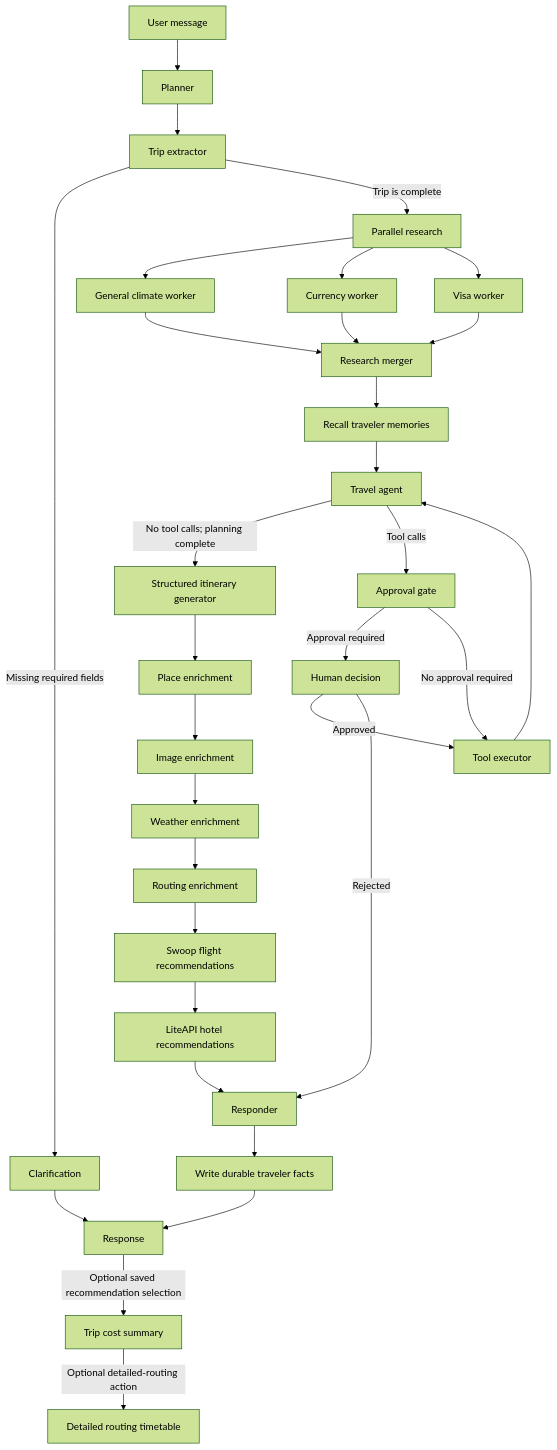
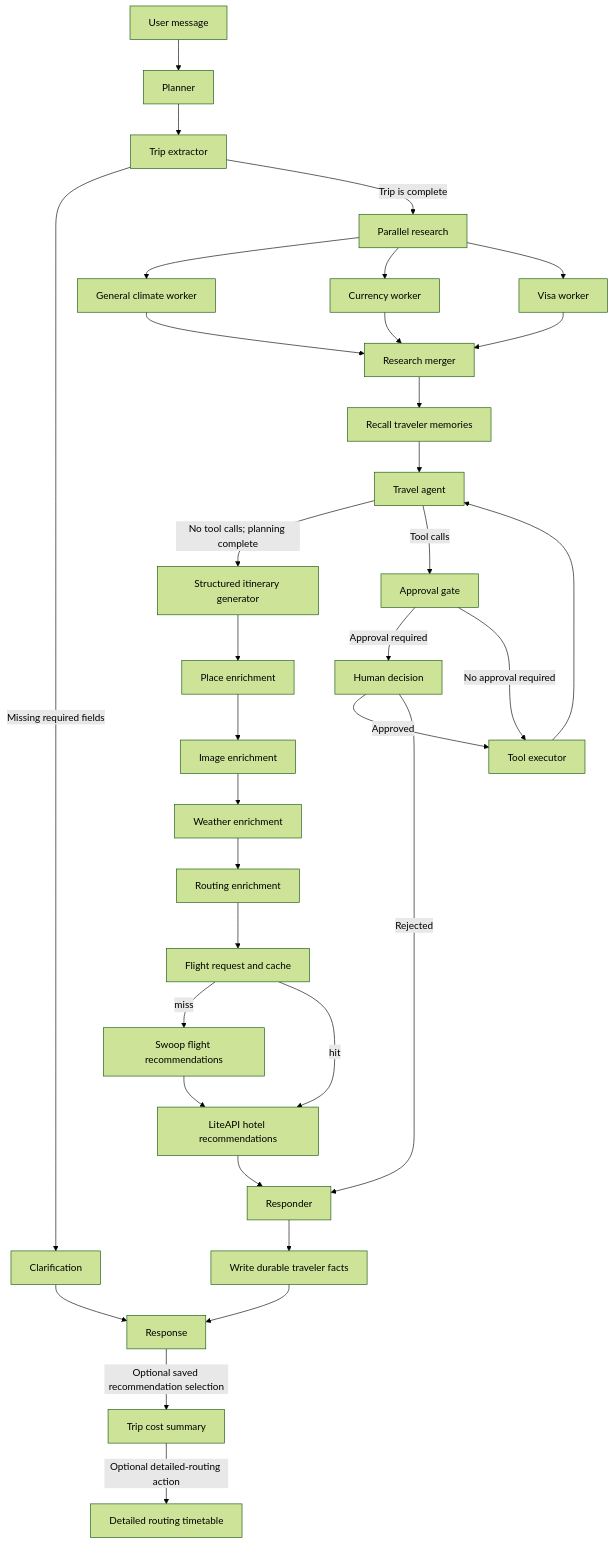
Before and after one commit to NaimurRahmannn/TravelAI-Agent-v2-LangGraph: the first of 2 diagrams in README.md, drawn with Mermaid (forest theme). The commit also changed other lines of this file and 19 other files, not shown here.

````diff
--- a/README.md
+++ b/README.md
@@ -64,34 +65,36 @@
 ```mermaid
 flowchart TD
     A[User message] --> B[Planner]
     B --> C[Trip extractor]
     C -->|Missing required fields| D[Clarification]
     C -->|Trip is complete| E[Parallel research]
     E --> E1[General climate worker]
     E --> E2[Currency worker]
     E --> E3[Visa worker]
     E1 --> F[Research merger]
     E2 --> F
     E3 --> F
     F --> N[Recall traveler memories]
     N --> G[Travel agent]
     G -->|No tool calls; planning complete| P[Structured itinerary generator]
     G -->|Tool calls| I[Approval gate]
     I -->|Approval required| J[Human decision]
     I -->|No approval required| K[Tool executor]
     J -->|Approved| K
     J -->|Rejected| L[Responder]
     K --> G
     P --> Q[Place enrichment]
     Q --> R[Image enrichment]
     R --> W[Weather enrichment]
     W --> T[Routing enrichment]
-    T --> U[Swoop flight recommendations]
-    U --> V[LiteAPI hotel recommendations]
+    T --> U[Flight request and cache]
+    U -->|miss| U1[Swoop flight recommendations]
+    U -->|hit| V[LiteAPI hotel recommendations]
+    U1 --> V
     V --> L
     D --> M[Response]
     L --> O[Write durable traveler facts]
     O --> M
     M -->|Optional saved recommendation selection| X[Trip cost summary]
     X -->|Optional detailed-routing action| Y[Detailed routing timetable]
 ```
````
